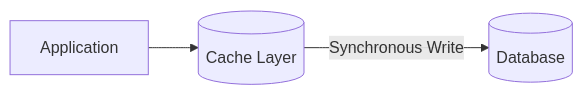
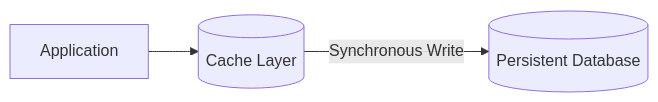
One commit to Sujalkathait/high-level-design changed the fourth of 6 diagrams in 05-caching/caching-strategies.md. Above: the diagram before and after it, drawn with Mermaid. The commit also changed other lines of this file and 4 other files, not shown here.

Commit message:
fix(caching): fix all mermaid diagram syntax, quoting, and formatting across caching docs

````diff
--- a/05-caching/caching-strategies.md
+++ b/05-caching/caching-strategies.md
@@ -117,5 +117,5 @@
 ```mermaid
 flowchart LR
-    App[Application] --> Cache[("Cache Layer")]
-    Cache -->|Synchronous Write| DB[("Database")]
+    App["Application"] --> Cache[("Cache Layer")]
+    Cache -->|"Synchronous Write"| DB[("Persistent Database")]
 ```
````
